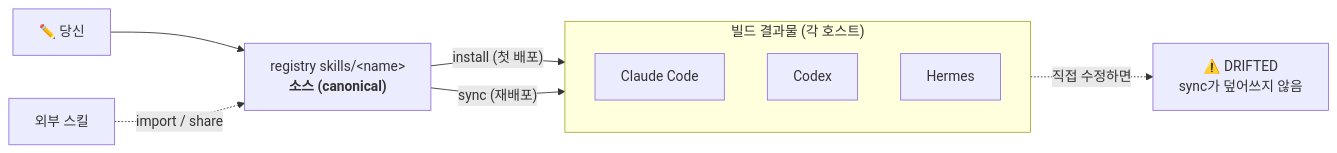
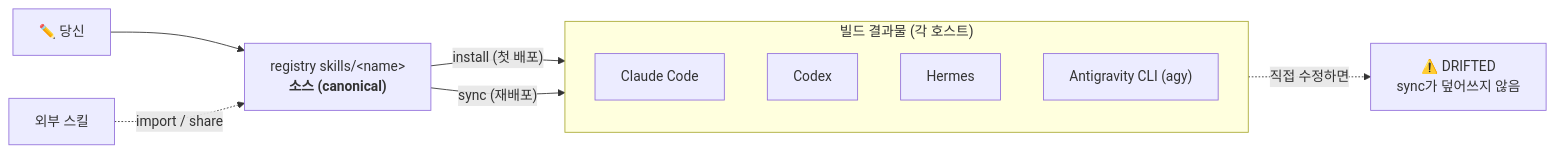
The diagram in README.ko.md (Seosiju/my-skills), drawn with Mermaid before and after one commit. The commit also changed other lines of this file and 11 other files, not shown here.

````diff
--- a/README.ko.md
+++ b/README.ko.md
@@ -47,15 +80,16 @@
 ```mermaid
 flowchart LR
     edit["✏️ 당신"] --> src["registry skills/&lt;name&gt;<br/><b>소스 (canonical)</b>"]
     ext["외부 스킬"] -.->|import / share| src
     src -->|"install (첫 배포)"| out
     src -->|"sync (재배포)"| out
 
     subgraph out["빌드 결과물 (각 호스트)"]
         c["Claude Code"]
         x["Codex"]
         h["Hermes"]
+        a["Antigravity CLI (agy)"]
     end
 
     out -. "직접 수정하면" .-> drift["⚠️ DRIFTED<br/>sync가 덮어쓰지 않음"]
 ```
````
